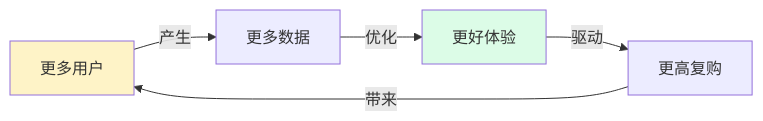
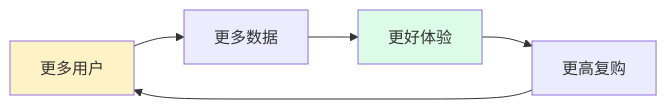
The second of 2 diagrams in README.md (zrxparley/business-model-canvas-agents), drawn with Mermaid before and after one commit. The commit also changed 1 other file, not shown here.

Commit message:
fix: 增长飞轮图简化，移除有问题的箭头标签语法

````diff
--- a/README.md
+++ b/README.md
@@ -140,9 +140,9 @@
 ```mermaid
 flowchart LR
-    A[更多用户] -->|"产生"| B[更多数据]
-    B -->|"优化"| C[更好体验]
-    C -->|"驱动"| D[更高复购]
-    D -->|"带来"| A
+    A[更多用户] --> B[更多数据]
+    B --> C[更好体验]
+    C --> D[更高复购]
+    D --> A
     style A fill:#fef3c7
     style C fill:#dcfce7
 ```
````
